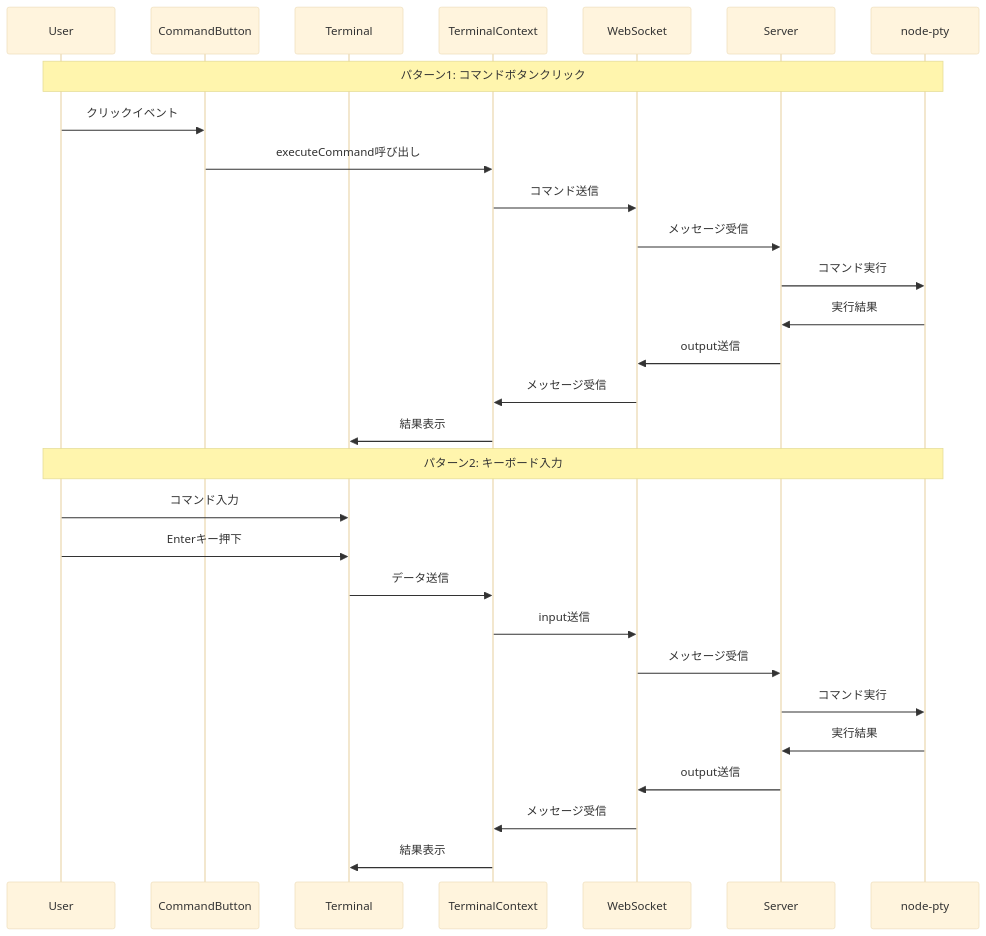
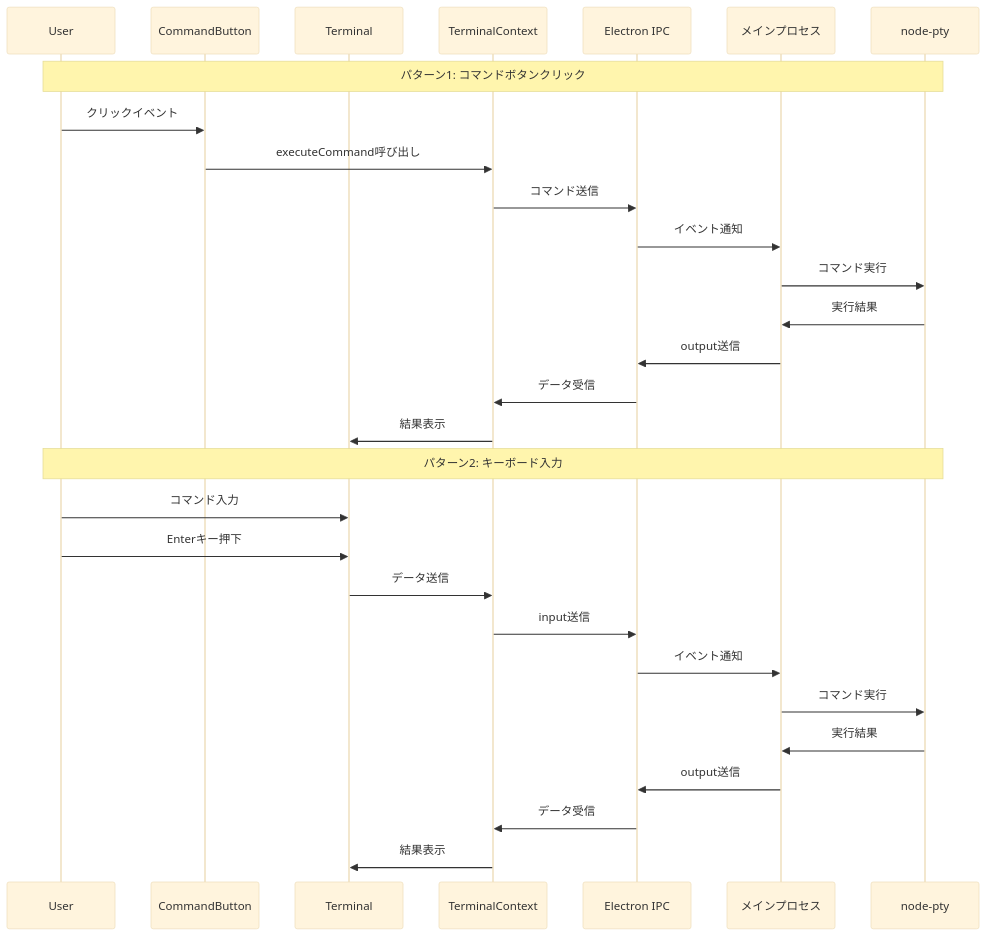
The third of 3 diagrams in DEVELOPMENT.md (yuki-matsu783/ExecDock), drawn with Mermaid (base theme) before and after one commit. The commit also changed other lines of this file and 1 other file, not shown here.

````diff
--- a/DEVELOPMENT.md
+++ b/DEVELOPMENT.md
@@ -97,33 +125,33 @@
    ```mermaid
    sequenceDiagram
        participant U as User
        participant CB as CommandButton
        participant T as Terminal
        participant TC as TerminalContext
-       participant WS as WebSocket
-       participant S as Server
+       participant IPC as Electron IPC
+       participant MP as メインプロセス
        participant PTY as node-pty
 
        Note over U,PTY: パターン1: コマンドボタンクリック
        U->>CB: クリックイベント
        CB->>TC: executeCommand呼び出し
-       TC->>WS: コマンド送信
-       WS->>S: メッセージ受信
-       S->>PTY: コマンド実行
-       PTY->>S: 実行結果
-       S->>WS: output送信
-       WS->>TC: メッセージ受信
+       TC->>IPC: コマンド送信
+       IPC->>MP: イベント通知
+       MP->>PTY: コマンド実行
+       PTY->>MP: 実行結果
+       MP->>IPC: output送信
+       IPC->>TC: データ受信
        TC->>T: 結果表示
 
        Note over U,PTY: パターン2: キーボード入力
        U->>T: コマンド入力
        U->>T: Enterキー押下
        T->>TC: データ送信
-       TC->>WS: input送信
-       WS->>S: メッセージ受信
-       S->>PTY: コマンド実行
-       PTY->>S: 実行結果
-       S->>WS: output送信
-       WS->>TC: メッセージ受信
+       TC->>IPC: input送信
+       IPC->>MP: イベント通知
+       MP->>PTY: コマンド実行
+       PTY->>MP: 実行結果
+       MP->>IPC: output送信
+       IPC->>TC: データ受信
        TC->>T: 結果表示
    ```
````
